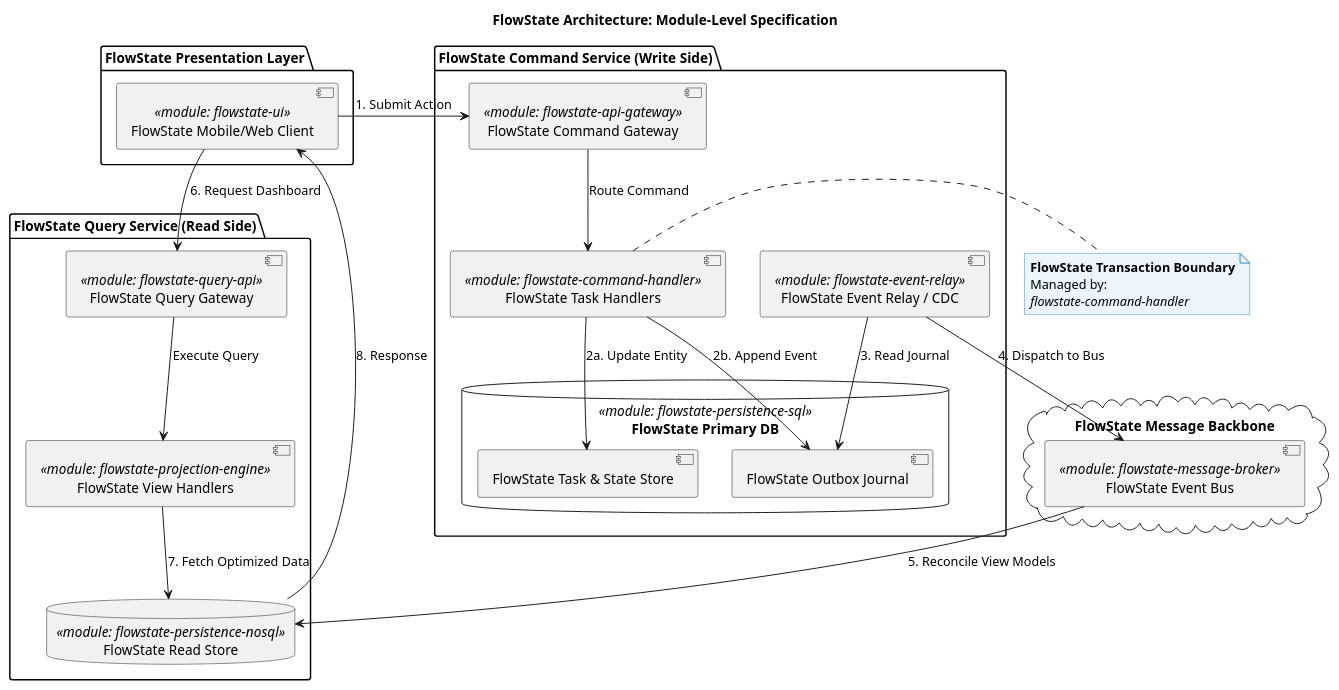
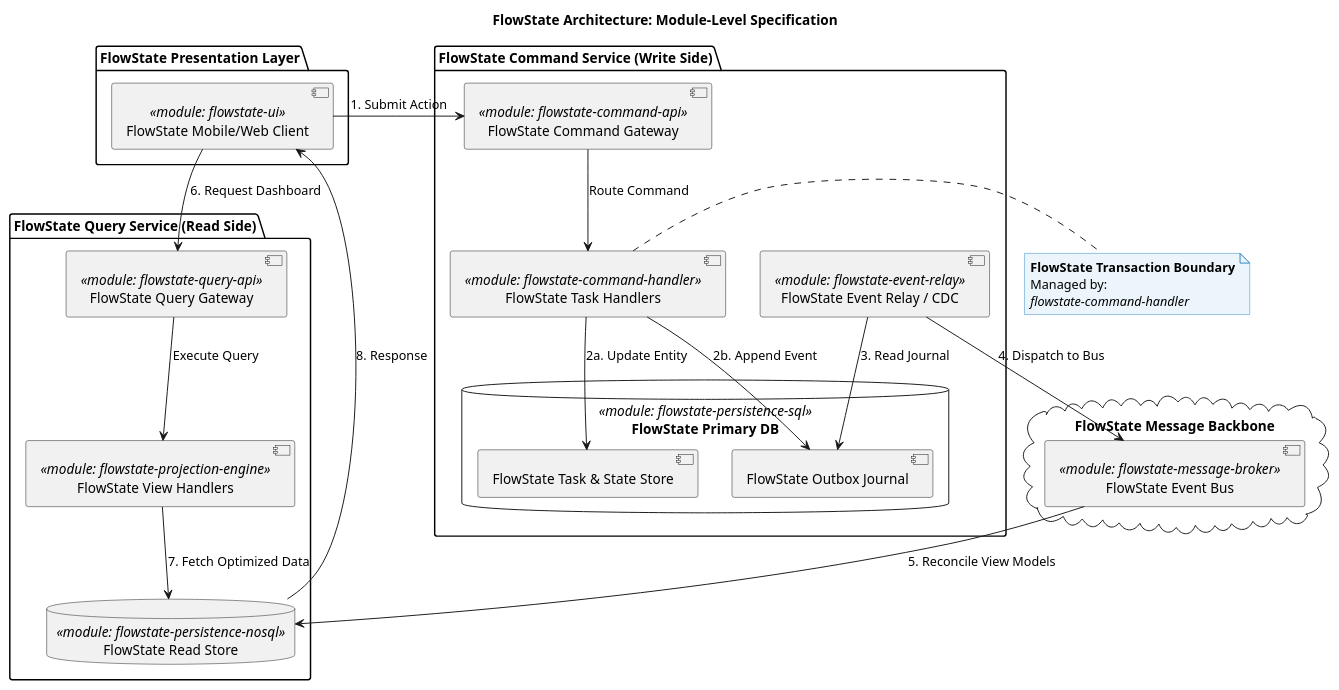
Before and after one commit to drodriguezlopez/flowstate: the diagram in doc/arquitectura-outbox.puml, drawn with PlantUML. The commit also changed 15 other files, not shown here.

Commit message:
Implement command API for task management with service and controller layers

```diff
--- a/doc/arquitectura-outbox.puml
+++ b/doc/arquitectura-outbox.puml
@@ -1,59 +1,59 @@
 @startuml
 skinparam componentStyle uml2
 skinparam backgroundColor #FFFFFF
 skinparam NoteBackgroundColor #EBF5FB
 skinparam NoteBorderColor #2E86C1
 
 title FlowState Architecture: Module-Level Specification
 
 package "FlowState Presentation Layer" {
   [FlowState Mobile/Web Client] <<module: flowstate-ui>> as client
 }
 
 package "FlowState Command Service (Write Side)" {
-  [FlowState Command Gateway] <<module: flowstate-api-gateway>> as cmdGateway
+  [FlowState Command Gateway] <<module: flowstate-command-api>> as cmdGateway
   [FlowState Task Handlers] <<module: flowstate-command-handler>> as cmdHandlers
 
   database "FlowState Primary DB" <<module: flowstate-persistence-sql>> as writeDB {
     [FlowState Task & State Store] as states
     [FlowState Outbox Journal] as outbox
   }
   [FlowState Event Relay / CDC] <<module: flowstate-event-relay>> as relay
 }
 
 package "FlowState Query Service (Read Side)" {
   [FlowState Query Gateway] <<module: flowstate-query-api>> as queryGateway
   [FlowState View Handlers] <<module: flowstate-projection-engine>> as queryHandlers
   database "FlowState Read Store" <<module: flowstate-persistence-nosql>> as readDB
 }
 
 cloud "FlowState Message Backbone" {
   [FlowState Event Bus] <<module: flowstate-message-broker>> as eventBus
 }
 
 ' --- FlowState Write Pipeline ---
 client --> cmdGateway : 1. Submit Action
 cmdGateway --> cmdHandlers : Route Command
 
 note right of cmdHandlers
   **FlowState Transaction Boundary**
   Managed by:
   //flowstate-command-handler//
 end note
 
 cmdHandlers --> states : 2a. Update Entity
 cmdHandlers --> outbox : 2b. Append Event
 
 ' --- FlowState Relay Mechanism ---
 relay --> outbox : 3. Read Journal
 relay --> eventBus : 4. Dispatch to Bus
 
 ' --- FlowState Synchronization ---
 eventBus --> readDB : 5. Reconcile View Models
 
 ' --- FlowState Read Pipeline ---
 client --> queryGateway : 6. Request Dashboard
 queryGateway --> queryHandlers : Execute Query
 queryHandlers --> readDB : 7. Fetch Optimized Data
 readDB --> client : 8. Response
 @enduml
```
